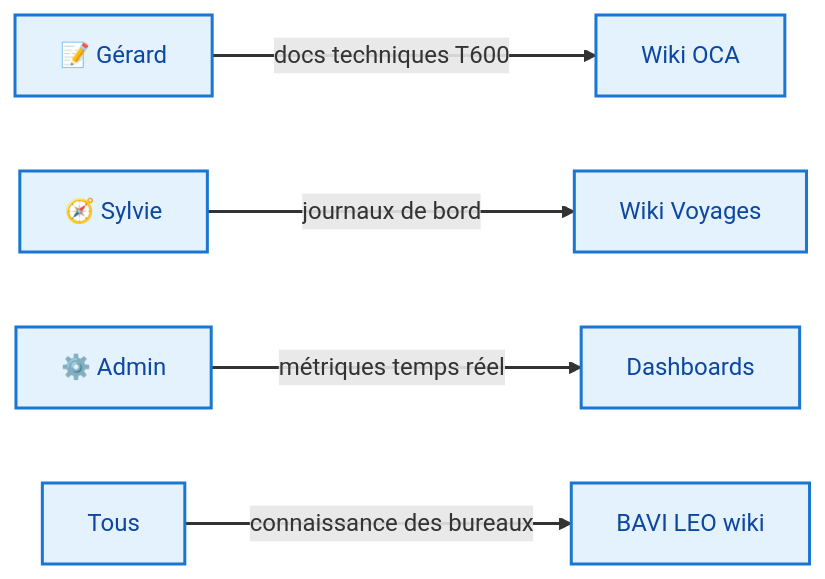
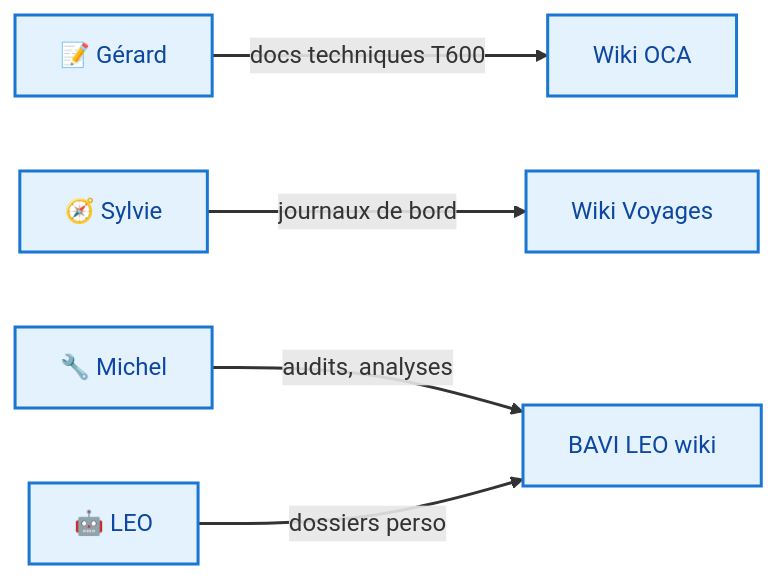
The third of 3 diagrams in docs/index.md (christophedanhier-hash/BAVI_LEO), drawn with Mermaid before and after one commit. The commit also changed other lines of this file, not shown here.

Commit message:
📝 Accueil BAVI — ajout Bureau LEO, correction références, màg chiffres

````diff
--- a/docs/index.md
+++ b/docs/index.md
@@ -141,17 +143,16 @@
 ```mermaid
 flowchart LR
     Gerard["📝 Gérard"] -->|"docs techniques T600"| WikiOCA["Wiki OCA"]
     Sylvie["🧭 Sylvie"] -->|"journaux de bord"| WikiVoyages["Wiki Voyages"]
-    Admin["⚙️ Admin"] -->|"métriques temps réel"| Dashboards["Dashboards"]
-    Tous["Tous"] -->|"connaissance des bureaux"| BAVI["BAVI LEO wiki"]
+    Michel["🔧 Michel"] -->|"audits, analyses"| BAVI["BAVI LEO wiki"]
+    LEO["🤖 LEO"] -->|"dossiers perso"| BAVI
 
     style Gerard fill:#e3f2fd,stroke:#1976d2,stroke-width:2px,color:#0d47a1
     style Sylvie fill:#e3f2fd,stroke:#1976d2,stroke-width:2px,color:#0d47a1
-    style Admin fill:#e3f2fd,stroke:#1976d2,stroke-width:2px,color:#0d47a1
-    style Tous fill:#e3f2fd,stroke:#1976d2,stroke-width:2px,color:#0d47a1
+    style Michel fill:#e3f2fd,stroke:#1976d2,stroke-width:2px,color:#0d47a1
+    style LEO fill:#e3f2fd,stroke:#1976d2,stroke-width:2px,color:#0d47a1
     style WikiOCA fill:#e3f2fd,stroke:#1976d2,stroke-width:2px,color:#0d47a1
     style WikiVoyages fill:#e3f2fd,stroke:#1976d2,stroke-width:2px,color:#0d47a1
-    style Dashboards fill:#e3f2fd,stroke:#1976d2,stroke-width:2px,color:#0d47a1
     style BAVI fill:#e3f2fd,stroke:#1976d2,stroke-width:2px,color:#0d47a1
     linkStyle default stroke-width:2px,fill:none
 ```
````
